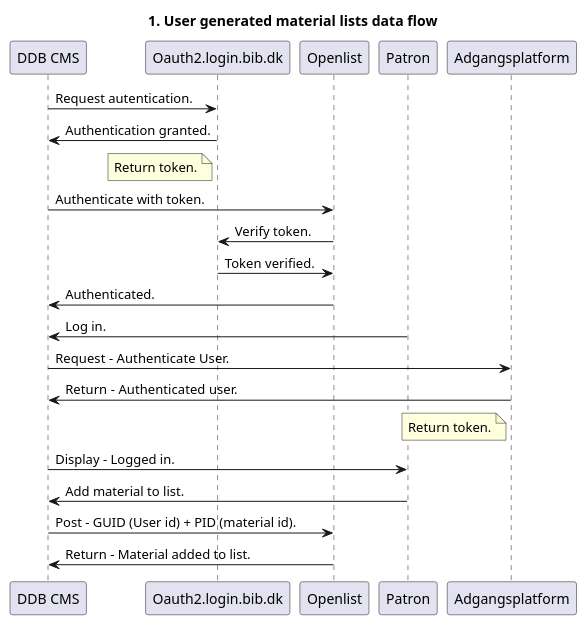
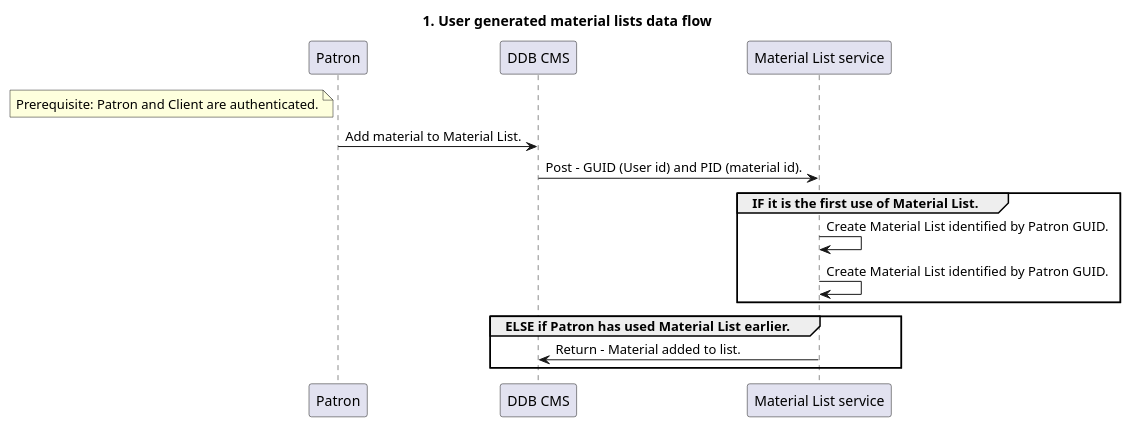
One commit to rolfmadsen/rolfmadsen.github.com changed the diagram in plantuml/diagrams_openlist_material-list.puml. Above: the diagram before and after it, drawn with PlantUML. The commit also changed 3 other files, not shown here.

Commit message:
Fixes to PlantUML files and index references

```diff
--- a/plantuml/diagrams_openlist_material-list.puml
+++ b/plantuml/diagrams_openlist_material-list.puml
@@ -1,25 +1,18 @@
 @startuml
-        Title: 1. User generated material lists data flow
+    Title: 1. User generated material lists data flow
 
-            "DDB CMS"->"Oauth2.login.bib.dk": Request autentication.
-            "Oauth2.login.bib.dk"->"DDB CMS": Authentication granted.
-            Note left of "Oauth2.login.bib.dk": Return token.
+    Note left of Patron: Prerequisite: Patron and Client are authenticated.
             
-            "DDB CMS"->"Openlist": Authenticate with token.
-            "Openlist"->"Oauth2.login.bib.dk": Verify token.
-            "Oauth2.login.bib.dk"->"Openlist": Token verified.
-            "Openlist"->"DDB CMS": Authenticated.
+    "Patron"->"DDB CMS": Add material to Material List.
+    "DDB CMS"->"Material List service": Post - GUID (User id) and PID (material id).
 
-            "Patron"->"DDB CMS": Log in.
-            "DDB CMS"->"Adgangsplatform": Request - Authenticate User.
-            "Adgangsplatform"->"DDB CMS": Return - Authenticated user.
-            
-            Note left of Adgangsplatform: Return token.
-            
-            "DDB CMS"->"Patron": Display - Logged in.
-            
-            "Patron"->"DDB CMS": Add material to list.
-            "DDB CMS"->"Openlist": Post - GUID (User id) + PID (material id).
-            "Openlist"->"DDB CMS": Return - Material added to list.
+    group IF it is the first use of Material List.
+        "Material List service"->"Material List service": Create Material List identified by Patron GUID.
+        "Material List service"->"Material List service": Create Material List identified by Patron GUID.
+    end
+
+    group ELSE if Patron has used Material List earlier.
+        "Material List service"->"DDB CMS": Return - Material added to list.
+    end
             
 @enduml
```
